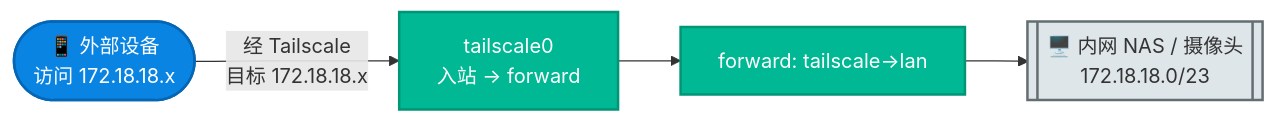
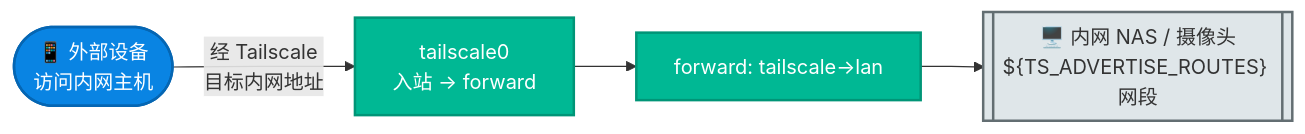
Before and after one commit to currycan/sb-xray: the fifth of 6 diagrams in docs/07-tailscale-proxy-architecture.md, drawn with Mermaid. The commit also changed other lines of this file and 23 other files, not shown here.

````diff
--- a/docs/07-tailscale-proxy-architecture.md
+++ b/docs/07-tailscale-proxy-architecture.md
@@ -283,18 +285,18 @@
 ```mermaid
 flowchart LR
-    DEV(["📱 外部设备<br/>访问 172.18.18.x"])
+    DEV(["📱 外部设备<br/>访问内网主机"])
     TS0["tailscale0<br/>入站 → forward"]
     LANZONE["forward: tailscale→lan"]
-    NAS[["🖥️ 内网 NAS / 摄像头<br/>172.18.18.0/23"]]
+    NAS[["🖥️ 内网 NAS / 摄像头<br/>${TS_ADVERTISE_ROUTES} 网段"]]
 
-    DEV -->|"经 Tailscale<br/>目标 172.18.18.x"| TS0
+    DEV -->|"经 Tailscale<br/>目标内网地址"| TS0
     TS0 --> LANZONE
     LANZONE --> NAS
 
     class DEV entry
     class TS0,LANZONE process
     class NAS external
     classDef entry    fill:#0984e3,stroke:#0566b3,stroke-width:2px,color:#fff
     classDef process  fill:#00b894,stroke:#009577,stroke-width:2px,color:#fff
     classDef external fill:#dfe6e9,stroke:#636e72,stroke-width:2px,color:#333
 ```
````
